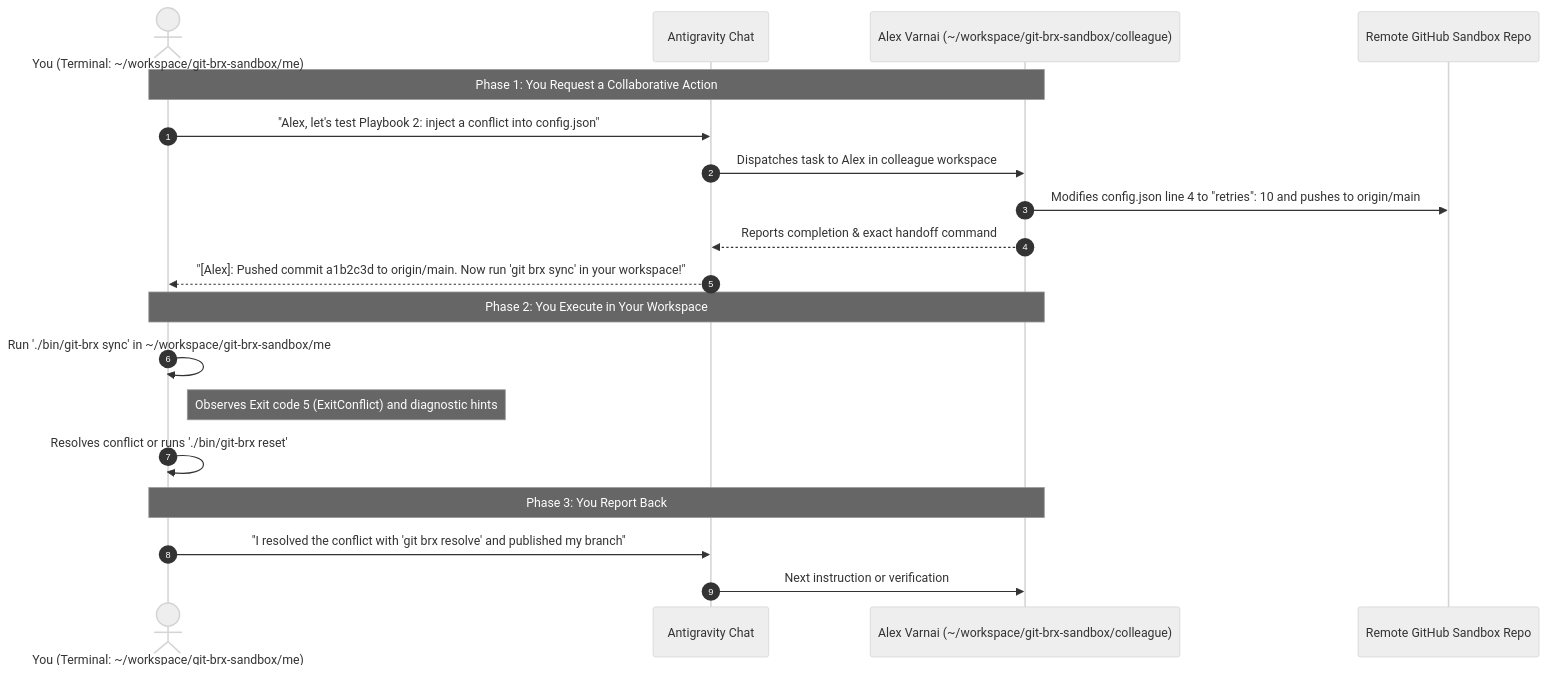
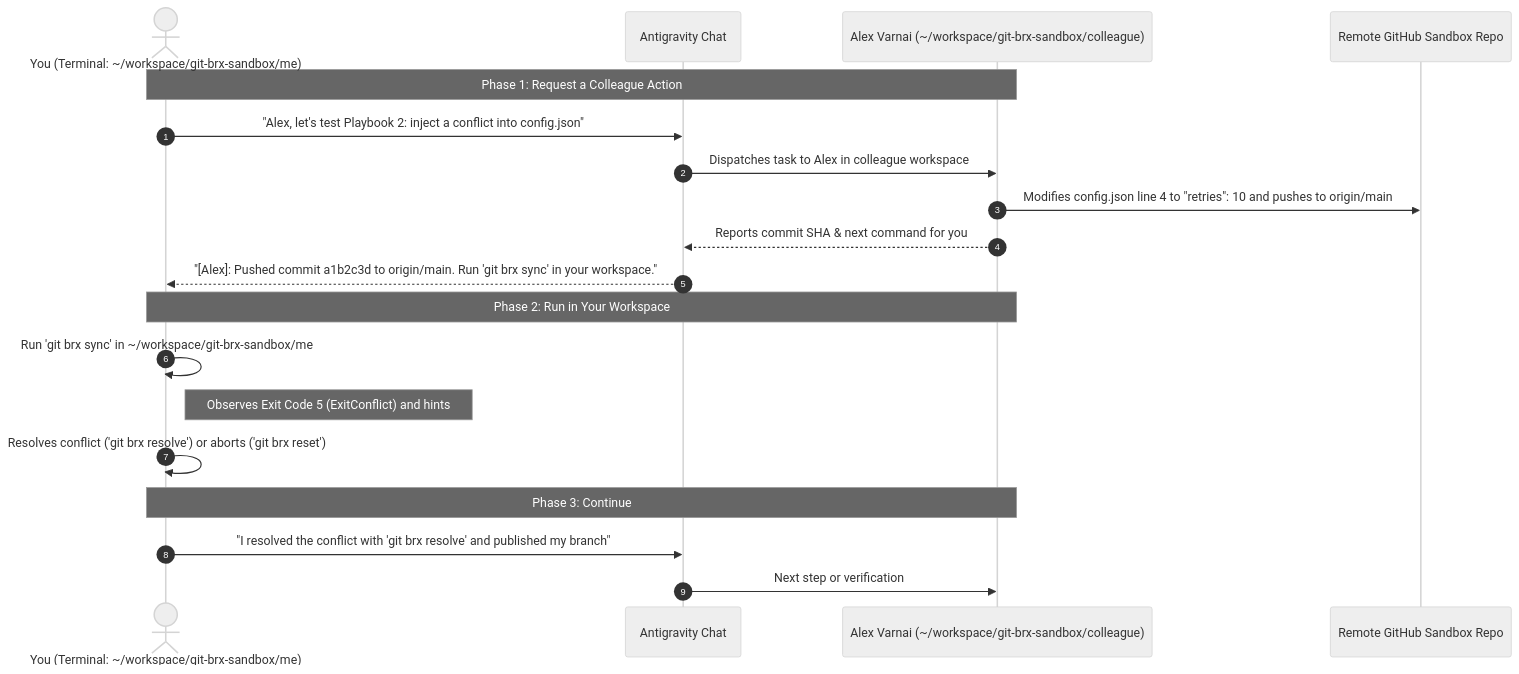
The second of 2 diagrams in docs/user-guide/colleague-simulation.md (bvarnai/git-brx), drawn with Mermaid (neutral theme) before and after one commit. The commit also changed other lines of this file and 13 other files, not shown here.

````diff
--- a/docs/user-guide/colleague-simulation.md
+++ b/docs/user-guide/colleague-simulation.md
@@ -93,24 +89,24 @@
 ```mermaid
 sequenceDiagram
     autonumber
     actor You as You (Terminal: ~/workspace/git-brx-sandbox/me)
     participant Chat as Antigravity Chat
     participant Alex as Alex Varnai (~/workspace/git-brx-sandbox/colleague)
     participant GitHub as Remote GitHub Sandbox Repo
 
-    Note over You,Alex: Phase 1: You Request a Collaborative Action
+    Note over You,Alex: Phase 1: Request a Colleague Action
     You->>Chat: "Alex, let's test Playbook 2: inject a conflict into config.json"
     Chat->>Alex: Dispatches task to Alex in colleague workspace
     Alex->>GitHub: Modifies config.json line 4 to "retries": 10 and pushes to origin/main
-    Alex-->>Chat: Reports completion & exact handoff command
-    Chat-->>You: "[Alex]: Pushed commit a1b2c3d to origin/main. Now run 'git brx sync' in your workspace!"
+    Alex-->>Chat: Reports commit SHA & next command for you
+    Chat-->>You: "[Alex]: Pushed commit a1b2c3d to origin/main. Run 'git brx sync' in your workspace."
 
-    Note over You,Alex: Phase 2: You Execute in Your Workspace
-    You->>You: Run './bin/git-brx sync' in ~/workspace/git-brx-sandbox/me
-    Note right of You: Observes Exit code 5 (ExitConflict) and diagnostic hints
-    You->>You: Resolves conflict or runs './bin/git-brx reset'
+    Note over You,Alex: Phase 2: Run in Your Workspace
+    You->>You: Run 'git brx sync' in ~/workspace/git-brx-sandbox/me
+    Note right of You: Observes Exit Code 5 (ExitConflict) and hints
+    You->>You: Resolves conflict ('git brx resolve') or aborts ('git brx reset')
 
-    Note over You,Alex: Phase 3: You Report Back
+    Note over You,Alex: Phase 3: Continue
     You->>Chat: "I resolved the conflict with 'git brx resolve' and published my branch"
-    Chat->>Alex: Next instruction or verification
+    Chat->>Alex: Next step or verification
 ```
````
